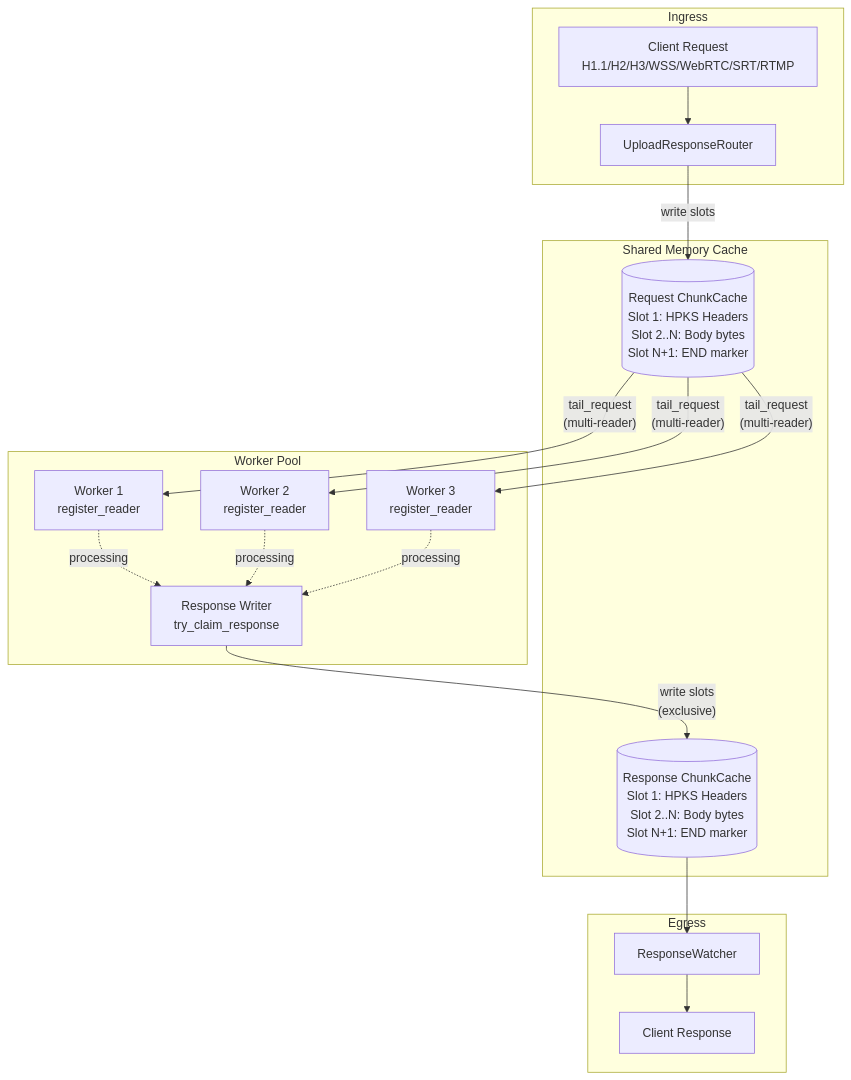
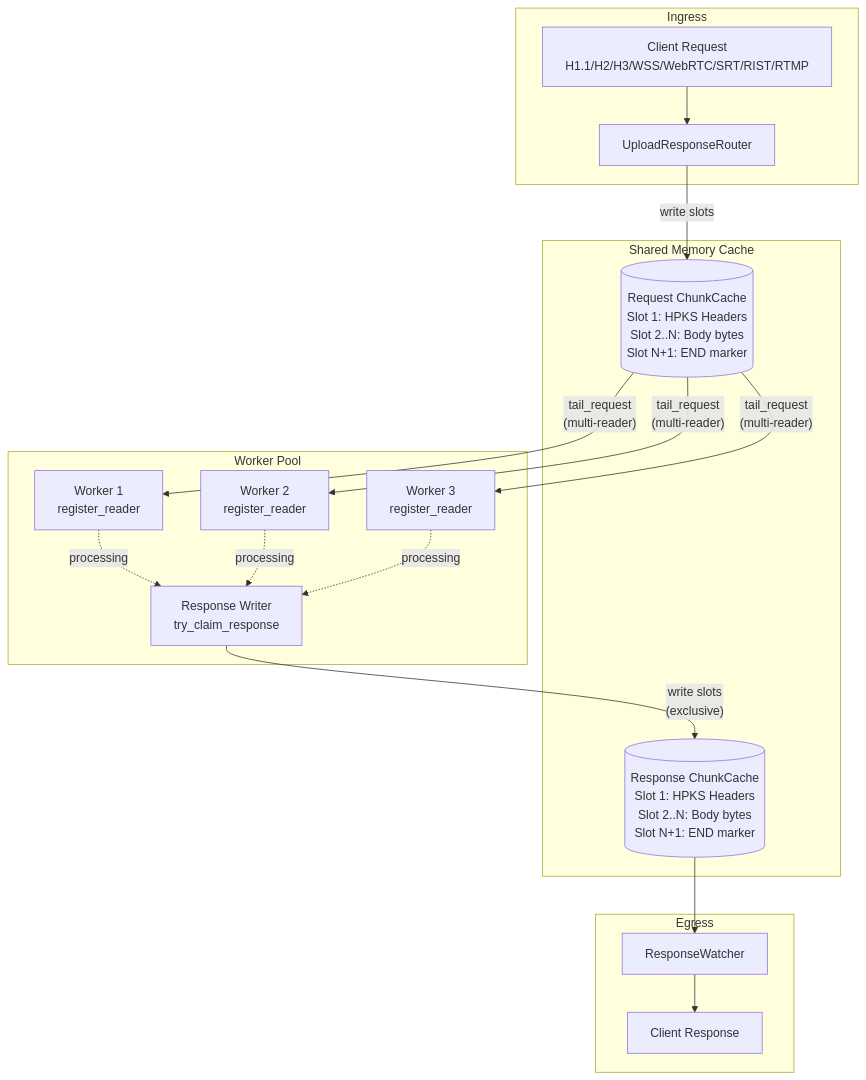
Before and after one commit to wavey-ai/web-services: the diagram in upload-response/README.md, drawn with Mermaid. The commit also changed other lines of this file and 5 other files, not shown here.

````diff
--- a/upload-response/README.md
+++ b/upload-response/README.md
@@ -23,36 +24,36 @@
 ```mermaid
 flowchart TB
     subgraph Ingress
-        Client[Client Request<br/>H1.1/H2/H3/WSS/WebRTC/SRT/RTMP]
+        Client[Client Request<br/>H1.1/H2/H3/WSS/WebRTC/SRT/RIST/RTMP]
         Router[UploadResponseRouter]
     end
 
     subgraph Cache["Shared Memory Cache"]
         ReqCache[(Request ChunkCache<br/>Slot 1: HPKS Headers<br/>Slot 2..N: Body bytes<br/>Slot N+1: END marker)]
         RespCache[(Response ChunkCache<br/>Slot 1: HPKS Headers<br/>Slot 2..N: Body bytes<br/>Slot N+1: END marker)]
     end
 
     subgraph Workers["Worker Pool"]
         W1[Worker 1<br/>register_reader]
         W2[Worker 2<br/>register_reader]
         W3[Worker 3<br/>register_reader]
         Writer[Response Writer<br/>try_claim_response]
     end
 
     subgraph Egress
         Watcher[ResponseWatcher]
         Response[Client Response]
     end
 
     Client --> Router
     Router -->|"write slots"| ReqCache
     ReqCache -->|"tail_request<br/>(multi-reader)"| W1
     ReqCache -->|"tail_request<br/>(multi-reader)"| W2
     ReqCache -->|"tail_request<br/>(multi-reader)"| W3
     W1 -.->|"processing"| Writer
     W2 -.->|"processing"| Writer
     W3 -.->|"processing"| Writer
     Writer -->|"write slots<br/>(exclusive)"| RespCache
     RespCache --> Watcher
     Watcher --> Response
 ```
````
